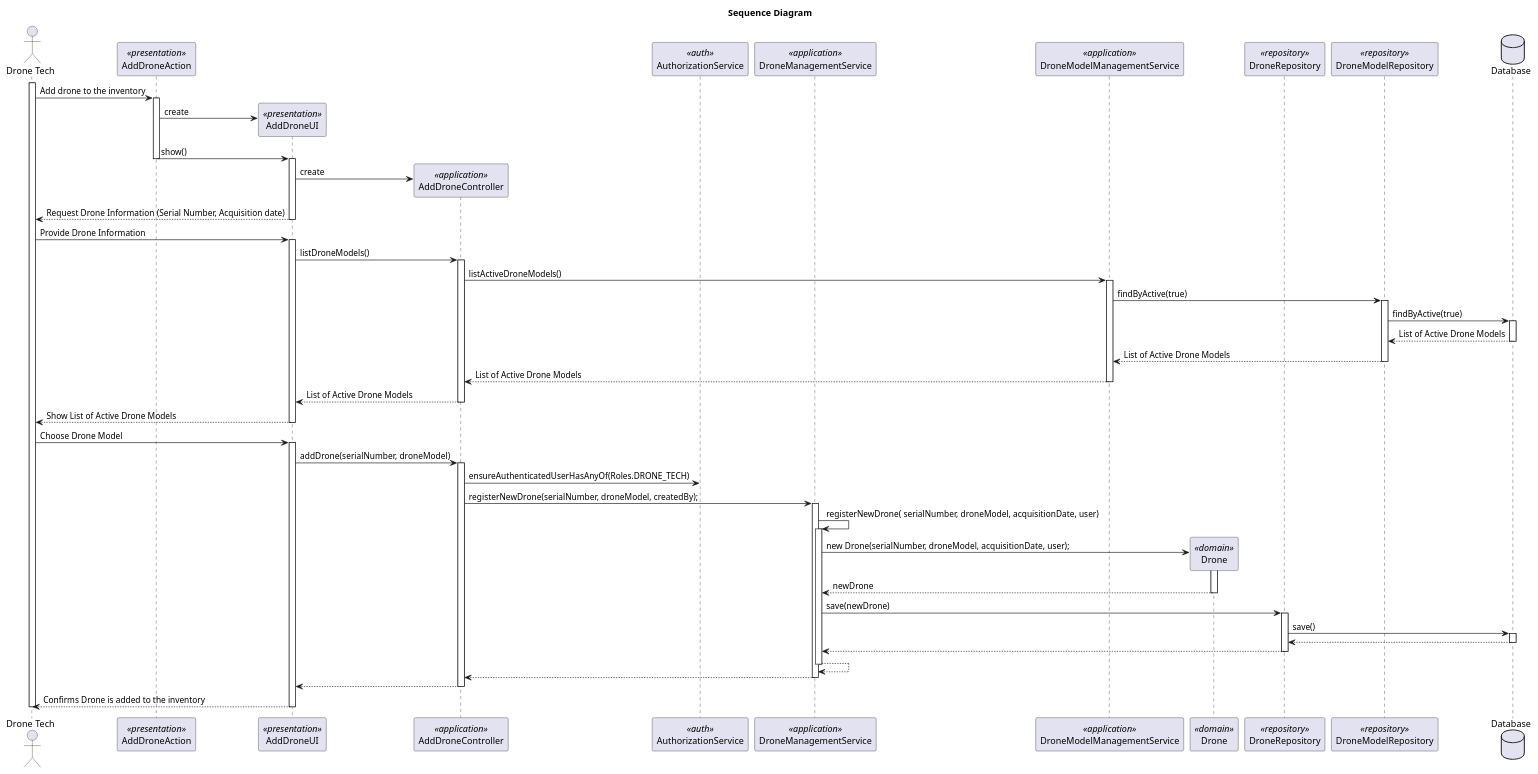
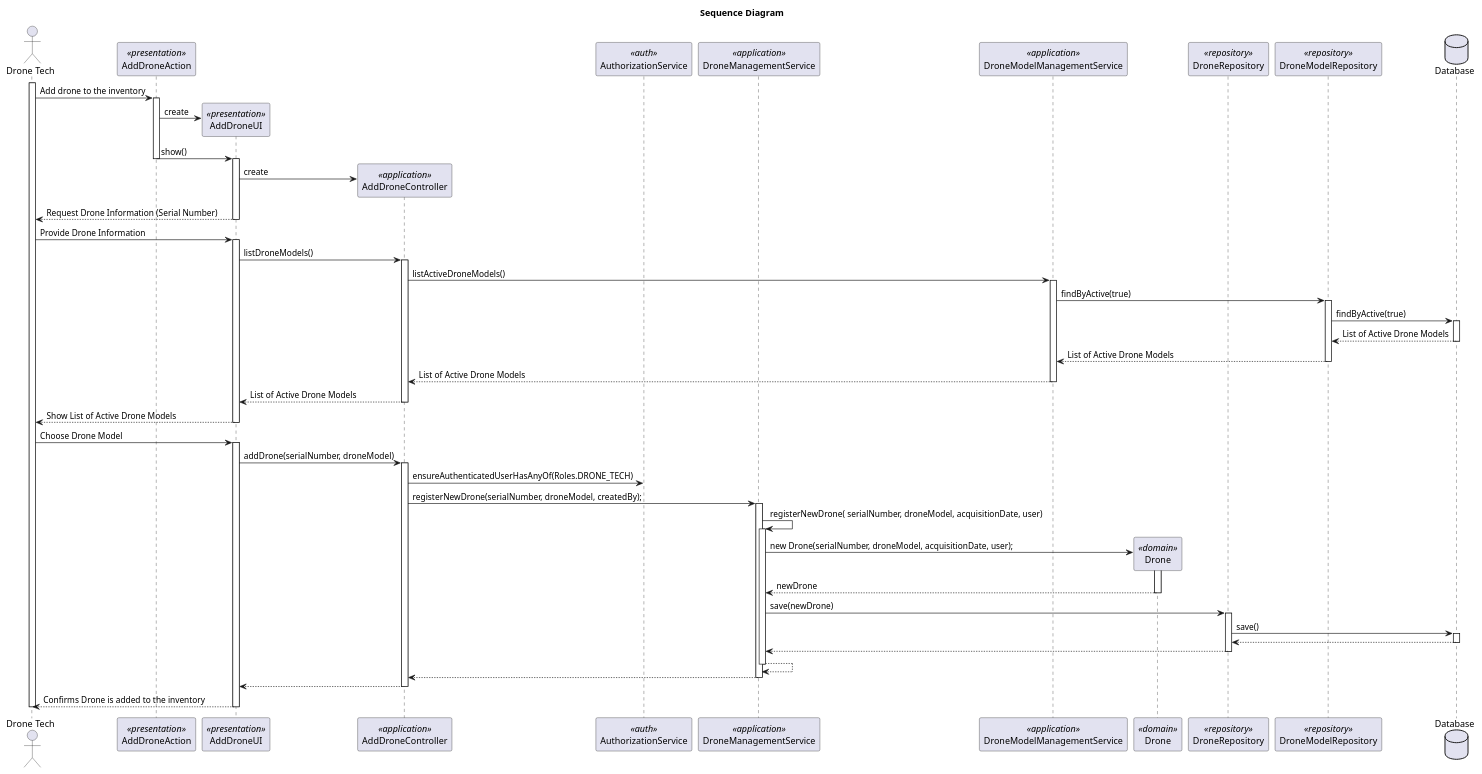
The diagram in docs/Sprint2/us_241/diagrams/sequence-diagram-US241.puml (rubenFreitas1/ISEP-LAPR4-2024-2025), drawn with PlantUML before and after one commit. The commit also changed 9 other files, not shown here.

```diff
--- a/docs/Sprint2/us_241/diagrams/sequence-diagram-US241.puml
+++ b/docs/Sprint2/us_241/diagrams/sequence-diagram-US241.puml
@@ -1,110 +1,110 @@
 @startuml
 title Sequence Diagram
 
 actor "Drone Tech" as Actor
 participant "AddDroneAction" as Action <<presentation>>
 participant "AddDroneUI" as UI <<presentation>>
 participant "AddDroneController" as Controller <<application>>
 participant "AuthorizationService" as AuthorizationService <<auth>>
 participant "DroneManagementService" as DroneManagementService <<application>>
 participant "DroneModelManagementService" as DroneModelManagementService <<application>>
 participant "Drone" as Drone <<domain>>
 participant "DroneRepository" as DroneRepository <<repository>>
 participant "DroneModelRepository" as DroneModelRepository <<repository>>
 
 database "Database" as Database
 
 activate Actor
 
 Actor -> Action: Add drone to the inventory
 
 activate Action
 
 Action -> UI** : create
 Action -> UI: show()
 
 deactivate Action
 
     activate UI
 
 UI -> Controller** : create
-UI --> Actor: Request Drone Information (Serial Number, Acquisition date)
+UI --> Actor: Request Drone Information (Serial Number)
     deactivate UI
 
  Actor -> UI: Provide Drone Information
   activate UI
 
 UI -> Controller: listDroneModels()
     activate Controller
 
         Controller -> DroneModelManagementService: listActiveDroneModels()
             activate DroneModelManagementService
 
                 DroneModelManagementService -> DroneModelRepository: findByActive(true)
                     activate DroneModelRepository
 
                         DroneModelRepository -> Database:  findByActive(true)
                             activate Database
 
                                 Database --> DroneModelRepository: List of Active Drone Models
                             deactivate Database
                         DroneModelRepository --> DroneModelManagementService: List of Active Drone Models
                     deactivate DroneModelRepository
 
 
                 DroneModelManagementService --> Controller: List of Active Drone Models
             deactivate DroneModelManagementService
 
         Controller --> UI: List of Active Drone Models
     deactivate Controller
 
 UI --> Actor: Show List of Active Drone Models
 deactivate UI
 
 Actor -> UI: Choose Drone Model
 
 
     activate UI
 
         UI -> Controller : addDrone(serialNumber, droneModel)
             activate Controller
 
                 Controller -> AuthorizationService : ensureAuthenticatedUserHasAnyOf(Roles.DRONE_TECH)
 
                 Controller -> DroneManagementService : registerNewDrone(serialNumber, droneModel, createdBy);
                 activate DroneManagementService
 
                     DroneManagementService -> DroneManagementService: registerNewDrone( serialNumber, droneModel, acquisitionDate, user)
                     Activate DroneManagementService
 
                     DroneManagementService -> Drone** : new Drone(serialNumber, droneModel, acquisitionDate, user);
                                 activate Drone
 
                                    Drone --> DroneManagementService : newDrone
                                 deactivate Drone
 
                     DroneManagementService -> DroneRepository : save(newDrone)
 
                     activate DroneRepository
 
                              DroneRepository -> Database : save()
                              activate Database
 
                                 Database --> DroneRepository
                              deactivate Database
 
                              DroneRepository --> DroneManagementService
                     deactivate DroneRepository
                     DroneManagementService --> DroneManagementService
                     deactivate DroneManagementService
 
                     DroneManagementService --> Controller
                 deactivate DroneManagementService
 
                 Controller --> UI
             deactivate Controller
         UI --> Actor : Confirms Drone is added to the inventory
         deactivate UI
 deactivate Actor
 
 @enduml
```
